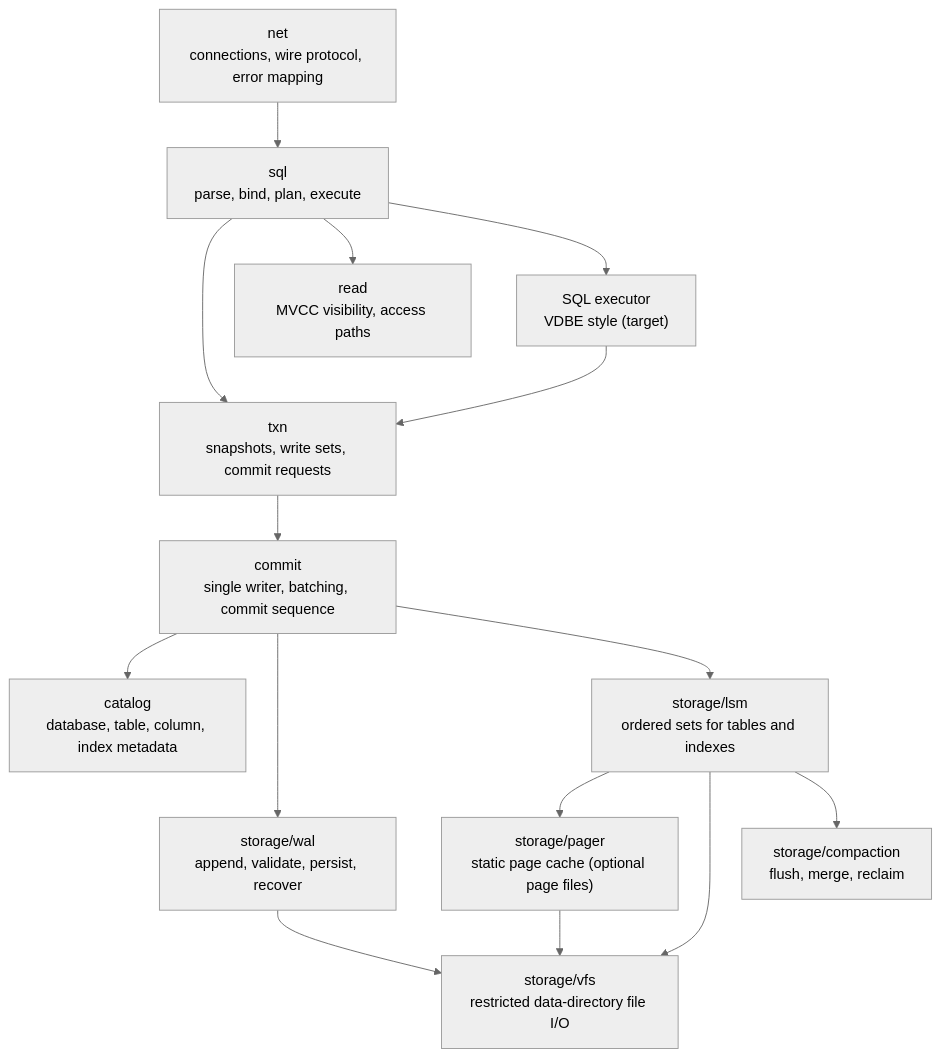
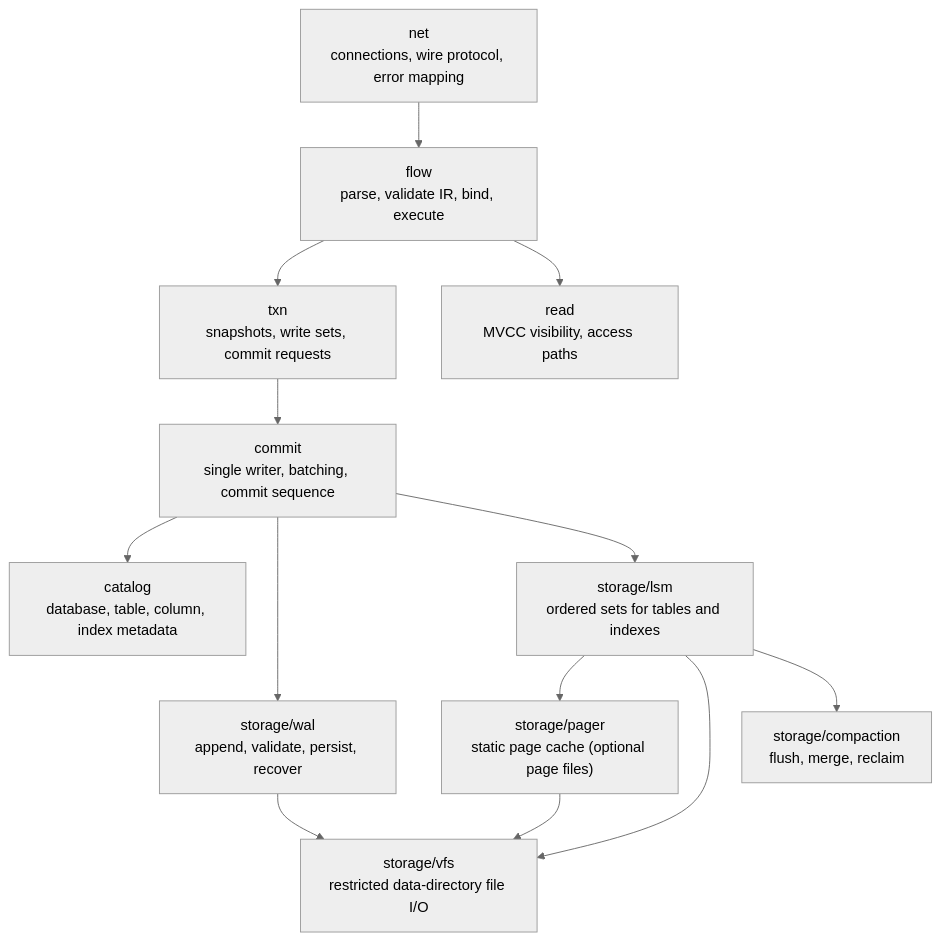
The second of 3 diagrams in docs/ARCHITECTURE.md (viloris-org/Pico), drawn with Mermaid (neutral theme) before and after one commit. The commit also changed other lines of this file and 60 other files, not shown here.

First line of the commit message:
feat(protocol): upgrade RunaDB Wire Protocol to v2 with Flow and evidence support

````diff
--- a/docs/ARCHITECTURE.md
+++ b/docs/ARCHITECTURE.md
@@ -59,17 +59,15 @@
 ```mermaid
 flowchart TB
-  net["net\nconnections, wire protocol, error mapping"] --> sql["sql\nparse, bind, plan, execute"]
-  sql --> txn["txn\nsnapshots, write sets, commit requests"]
+  net["net\nconnections, wire protocol, error mapping"] --> flow["flow\nparse, validate IR, bind, execute"]
+  flow --> txn["txn\nsnapshots, write sets, commit requests"]
   txn --> writer["commit\nsingle writer, batching, commit sequence"]
-  sql --> read["read\nMVCC visibility, access paths"]
+  flow --> read["read\nMVCC visibility, access paths"]
   writer --> catalog["catalog\ndatabase, table, column, index metadata"]
   writer --> wal["storage/wal\nappend, validate, persist, recover"]
   writer --> lsm["storage/lsm\nordered sets for tables and indexes"]
   lsm --> pager["storage/pager\nstatic page cache (optional page files)"]
   lsm --> vfs["storage/vfs\nrestricted data-directory file I/O"]
   wal --> vfs
   pager --> vfs
   lsm --> compaction["storage/compaction\nflush, merge, reclaim"]
-  sql --> vdbe["SQL executor\nVDBE style (target)"]
-  vdbe --> txn
 ```
````
